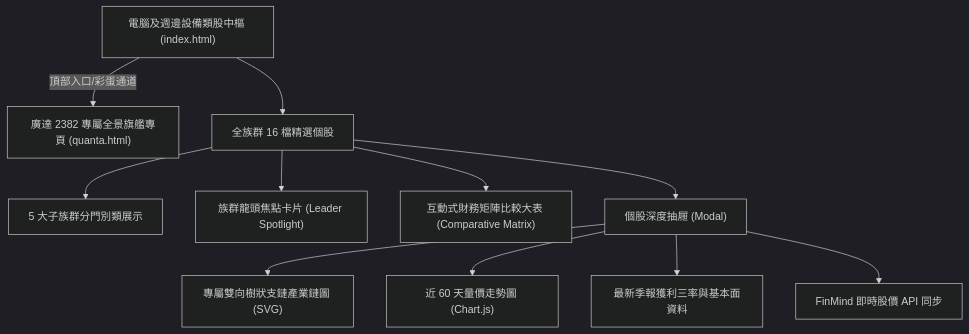
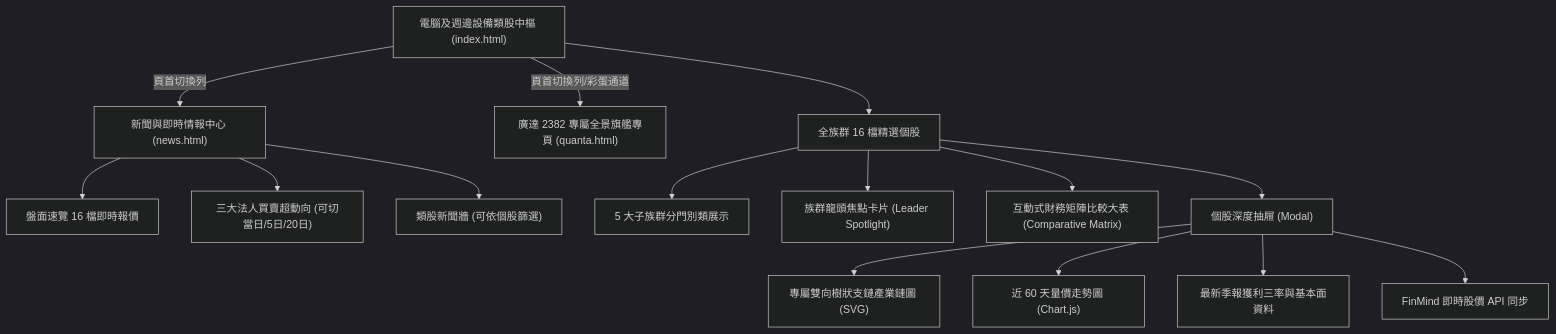
One commit to itachi923/quanta-ai-supply-chain changed the diagram in PROJECT_MEMORY.md. Above: the diagram before and after it, drawn with Mermaid (dark theme). The commit also changed other lines of this file and 8 other files, not shown here.

````diff
--- a/PROJECT_MEMORY.md
+++ b/PROJECT_MEMORY.md
@@ -27,13 +27,17 @@
 ```mermaid
 flowchart TD
-    A["電腦及週邊設備類股中樞 (index.html)"] -->|頂部入口/彩蛋通道| B["廣達 2382 專屬全景旗艦專頁 (quanta.html)"]
+    A["電腦及週邊設備類股中樞 (index.html)"] -->|頁首切換列| N["新聞與即時情報中心 (news.html)"]
+    A -->|頁首切換列/彩蛋通道| B["廣達 2382 專屬全景旗艦專頁 (quanta.html)"]
+    N --> N1["盤面速覽 16 檔即時報價"]
+    N --> N2["三大法人買賣超動向 (可切當日/5日/20日)"]
+    N --> N3["類股新聞牆 (可依個股篩選)"]
     A --> C["全族群 16 檔精選個股"]
     C --> D["5 大子族群分門別類展示"]
     C --> E["族群龍頭焦點卡片 (Leader Spotlight)"]
     C --> F["互動式財務矩陣比較大表 (Comparative Matrix)"]
     C --> G["個股深度抽屜 (Modal)"]
     G --> H["專屬雙向樹狀支鏈產業鏈圖 (SVG)"]
     G --> I["近 60 天量價走勢圖 (Chart.js)"]
     G --> J["最新季報獲利三率與基本面資料"]
     G --> K["FinMind 即時股價 API 同步"]
 ```
````
